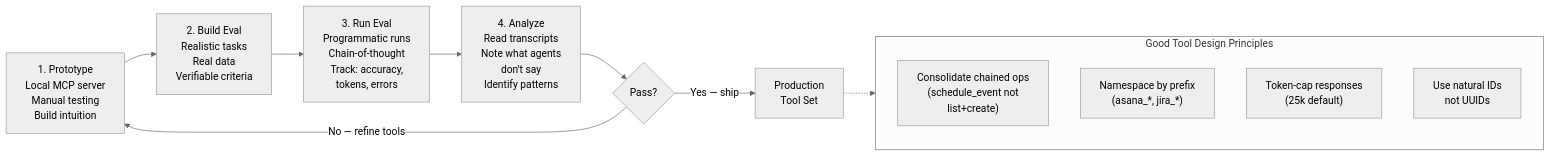
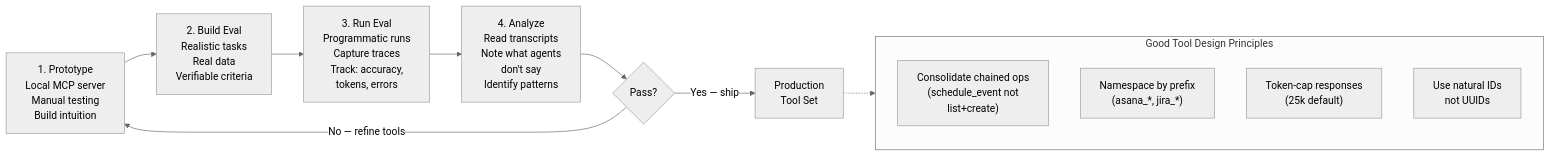
Before and after one commit to Jin-Fang/Agentic-AI-Study: the diagram in agent-harness/04-tools-agent-computer-interface.md, drawn with Mermaid (neutral theme). The commit also changed other lines of this file and 30 other files, not shown here.

````diff
--- a/agent-harness/04-tools-agent-computer-interface.md
+++ b/agent-harness/04-tools-agent-computer-interface.md
@@ -93,18 +93,18 @@
 ```mermaid
 flowchart LR
     A["1. Prototype<br/>Local MCP server<br/>Manual testing<br/>Build intuition"] --> B["2. Build Eval<br/>Realistic tasks<br/>Real data<br/>Verifiable criteria"]
-    B --> C["3. Run Eval<br/>Programmatic runs<br/>Chain-of-thought<br/>Track: accuracy,<br/>tokens, errors"]
+    B --> C["3. Run Eval<br/>Programmatic runs<br/>Capture traces<br/>Track: accuracy,<br/>tokens, errors"]
     C --> D["4. Analyze<br/>Read transcripts<br/>Note what agents<br/>don't say<br/>Identify patterns"]
     D --> E{Pass?}
     E -->|"No — refine tools"| A
     E -->|"Yes — ship"| F["Production<br/>Tool Set"]
 
     subgraph DESIGN["Good Tool Design Principles"]
         G["Consolidate chained ops<br/>(schedule_event not<br/>list+create)"]
         H["Namespace by prefix<br/>(asana_*, jira_*)"]
         I["Token-cap responses<br/>(25k default)"]
         J["Use natural IDs<br/>not UUIDs"]
     end
 
     F -.-> DESIGN
 ```
````
